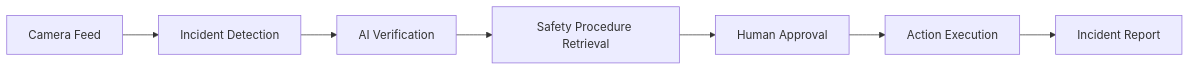
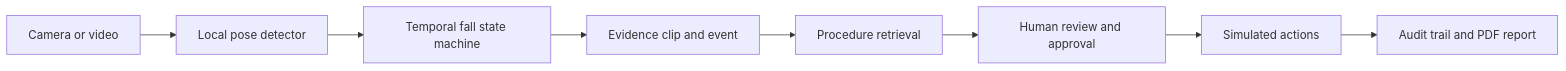
The diagram in README.md (Yug-More/SafetyLens), drawn with Mermaid before and after one commit. The commit also changed other lines of this file, not shown here.

Commit message:
Polish fall-only project README

````diff
--- a/README.md
+++ b/README.md
@@ -61,9 +19,10 @@
 ```mermaid
 flowchart LR
-    A[Camera Feed] --> B[Incident Detection]
-    B --> C[AI Verification]
-    C --> D[Safety Procedure Retrieval]
-    D --> E[Human Approval]
-    E --> F[Action Execution]
-    F --> G[Incident Report]
+    A[Camera or video] --> B[Local pose detector]
+    B --> C[Temporal fall state machine]
+    C --> D[Evidence clip and event]
+    D --> E[Procedure retrieval]
+    E --> F[Human review and approval]
+    F --> G[Simulated actions]
+    G --> H[Audit trail and PDF report]
 ```
````
